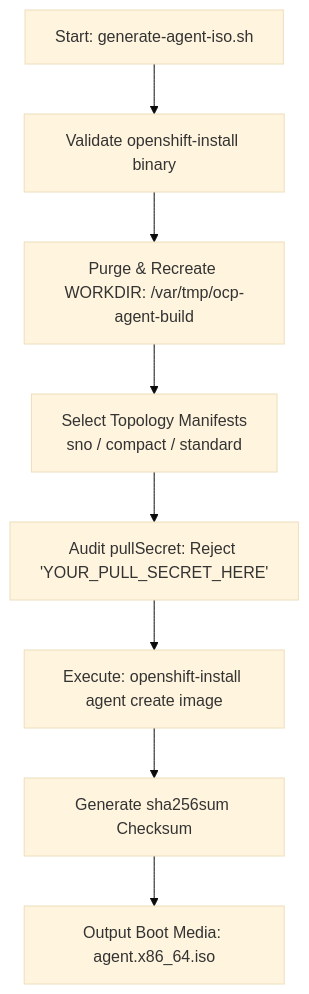
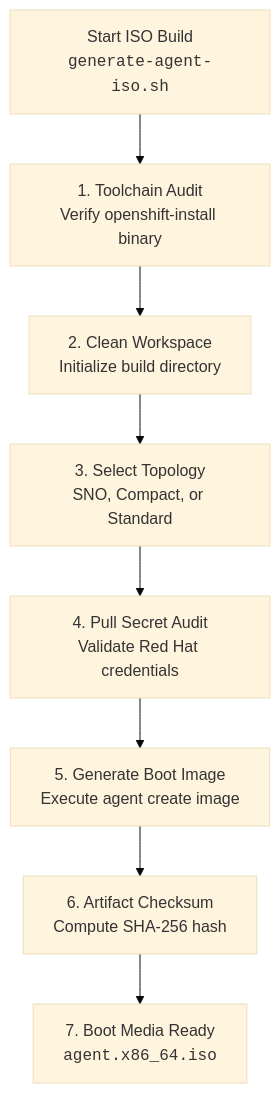
Before and after one commit to nubenetes/openshift-4-20-installation-day0-day2: the third of 6 diagrams in scripts/README.md, drawn with Mermaid (base theme). The commit also changed other lines of this file, not shown here.

Commit message:
fix(docs): optimize mermaid diagram boxes, text breaks and flow orientation in scripts/README.md

````diff
--- a/scripts/README.md
+++ b/scripts/README.md
@@ -203,10 +203,10 @@
 ```mermaid
 flowchart TD
-    A[Start: generate-agent-iso.sh] --> B[Validate openshift-install binary]
-    B --> C[Purge & Recreate WORKDIR: /var/tmp/ocp-agent-build]
-    C --> D[Select Topology Manifests<br/>sno / compact / standard]
-    D --> E[Audit pullSecret: Reject 'YOUR_PULL_SECRET_HERE']
-    E --> F[Execute: openshift-install agent create image]
-    F --> G[Generate sha256sum Checksum]
-    G --> H[Output Boot Media: agent.x86_64.iso]
+    A["Start ISO Build<br/><code>generate-agent-iso.sh</code>"] --> B["1. Toolchain Audit<br/>Verify openshift-install binary"]
+    B --> C["2. Clean Workspace<br/>Initialize build directory"]
+    C --> D["3. Select Topology<br/>SNO, Compact, or Standard"]
+    D --> E["4. Pull Secret Audit<br/>Validate Red Hat credentials"]
+    E --> F["5. Generate Boot Image<br/>Execute agent create image"]
+    F --> G["6. Artifact Checksum<br/>Compute SHA-256 hash"]
+    G --> H["7. Boot Media Ready<br/><code>agent.x86_64.iso</code>"]
 ```
````
